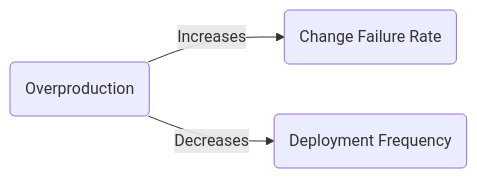
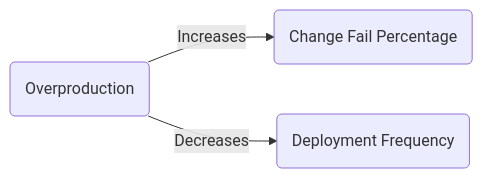
Before and after one commit to matthew-shaw/matthew-shaw.github.io: the fifth of 10 diagrams in docs/blog/posts/modern-software-delivery.md, drawn with Mermaid. The commit also changed other lines of this file, not shown here.

````diff
--- a/docs/blog/posts/modern-software-delivery.md
+++ b/docs/blog/posts/modern-software-delivery.md
@@ -154,6 +154,6 @@
 ```mermaid
 flowchart LR
     overproduction(Overproduction) -- Increases -->
-    CFR(Change Failure Rate)
+    CFR(Change Fail Percentage)
     overproduction -- Decreases --> DF(Deployment Frequency)
 ```
````
